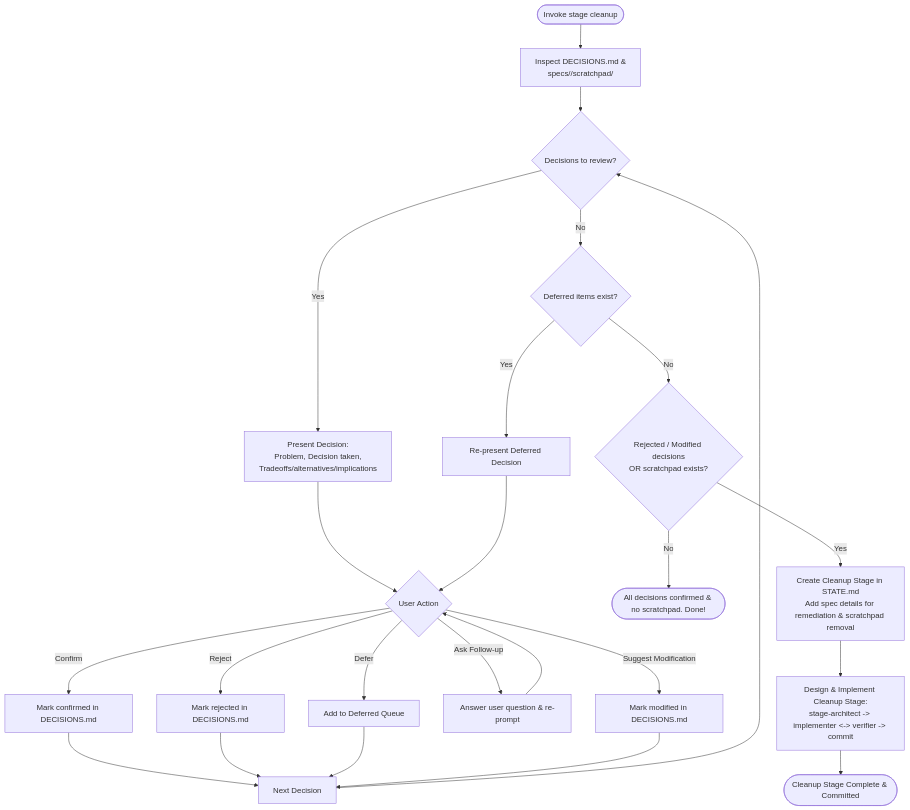
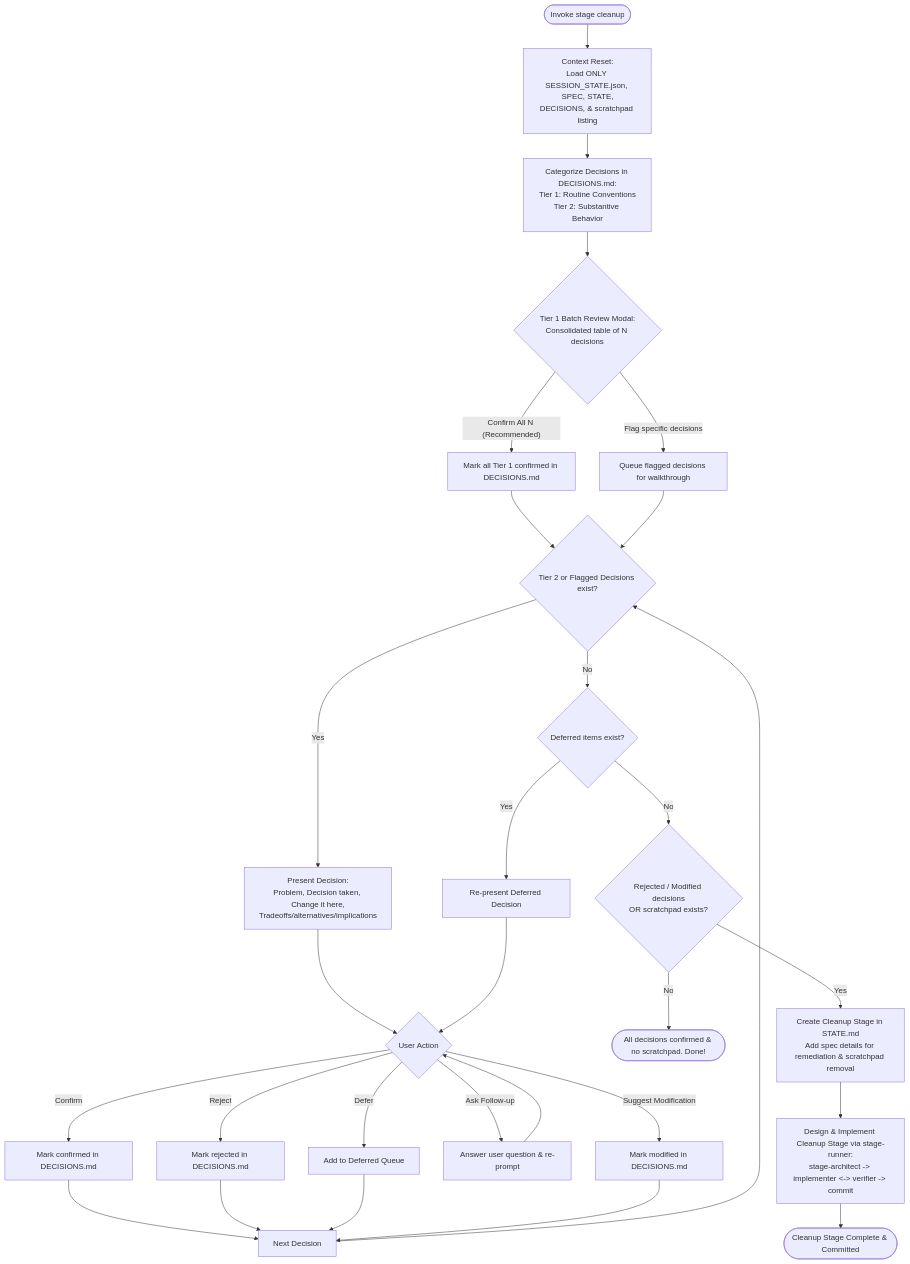
The third of 3 diagrams in skills/staged-build/SKILL.md (nsrandom/gemini-staged-build), drawn with Mermaid before and after one commit. The commit also changed other lines of this file and 12 other files, not shown here.

Commit message:
v1.4.0: Added stage-runner sub-orchestrator, tiered cleanup, compact return payloads, and SESSION_STATE.json

````diff
--- a/skills/staged-build/SKILL.md
+++ b/skills/staged-build/SKILL.md
@@ -205,20 +233,24 @@
 ```mermaid
 flowchart TD
-    Start([Invoke stage cleanup]) --> Inspect[Inspect DECISIONS.md &\nspecs/<feature>/scratchpad/]
-    Inspect --> DecisionLoop{Decisions to review?}
-    DecisionLoop -- Yes --> ReviewOne[Present Decision:\nProblem, Decision taken,\nTradeoffs/alternatives/implications]
+    Start([Invoke stage cleanup]) --> Reset[Context Reset:\nLoad ONLY SESSION_STATE.json, SPEC, STATE,\nDECISIONS, & scratchpad listing]
+    Reset --> Inspect[Categorize Decisions in DECISIONS.md:\nTier 1: Routine Conventions\nTier 2: Substantive Behavior]
+    Inspect --> BatchReview{Tier 1 Batch Review Modal:\nConsolidated table of N decisions}
+    BatchReview -- "Confirm All N (Recommended)" --> MarkAllTier1[Mark all Tier 1 confirmed in DECISIONS.md] --> Tier2Check
+    BatchReview -- "Flag specific decisions" --> MarkFlagged[Queue flagged decisions for walkthrough] --> Tier2Check
+    Tier2Check{Tier 2 or Flagged Decisions exist?}
+    Tier2Check -- Yes --> ReviewOne[Present Decision:\nProblem, Decision taken, Change it here,\nTradeoffs/alternatives/implications]
     ReviewOne --> UserAction{User Action}
     UserAction -- "Confirm" --> MarkConfirm[Mark confirmed in DECISIONS.md] --> NextDecision[Next Decision]
     UserAction -- "Reject" --> MarkReject[Mark rejected in DECISIONS.md] --> NextDecision
     UserAction -- "Defer" --> QueueDefer[Add to Deferred Queue] --> NextDecision
     UserAction -- "Ask Follow-up" --> AnswerQ[Answer user question & re-prompt] --> UserAction
     UserAction -- "Suggest Modification" --> MarkMod[Mark modified in DECISIONS.md] --> NextDecision
-    NextDecision --> DecisionLoop
-    DecisionLoop -- No --> ProcessDeferred{Deferred items exist?}
+    NextDecision --> Tier2Check
+    Tier2Check -- No --> ProcessDeferred{Deferred items exist?}
     ProcessDeferred -- Yes --> ProcessOne[Re-present Deferred Decision] --> UserAction
     ProcessDeferred -- No --> AssessCleanup{Rejected / Modified decisions\nOR scratchpad exists?}
     AssessCleanup -- No --> AllClean([All decisions confirmed & no scratchpad. Done!])
     AssessCleanup -- Yes --> CreateStage[Create Cleanup Stage in STATE.md\nAdd spec details for remediation & scratchpad removal]
-    CreateStage --> ExecuteCleanup[Design & Implement Cleanup Stage:\nstage-architect -> implementer <-> verifier -> commit]
+    CreateStage --> ExecuteCleanup[Design & Implement Cleanup Stage via stage-runner:\nstage-architect -> implementer <-> verifier -> commit]
     ExecuteCleanup --> Done([Cleanup Stage Complete & Committed])
 ```
````
